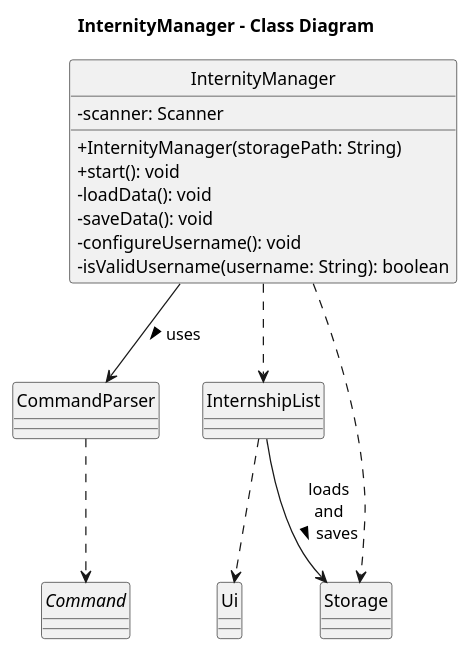
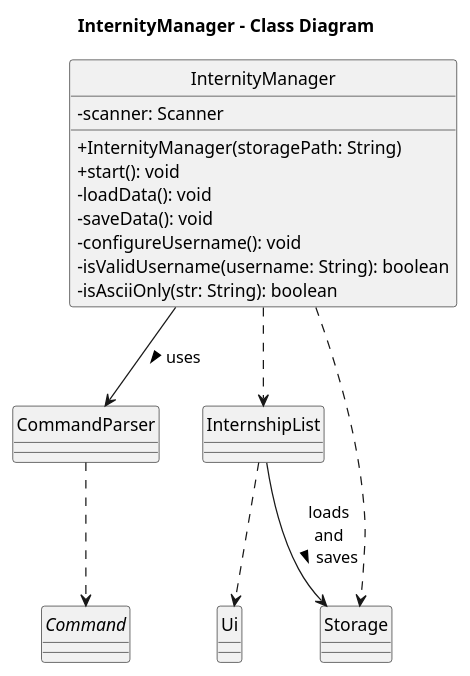
One commit to AY2526S1-CS2113-W14-4/tp changed the diagram in docs/diagrams/InternityManagerCD.puml. Above: the diagram before and after it, drawn with PlantUML. The commit also changed 5 other files, not shown here.

```diff
--- a/docs/diagrams/InternityManagerCD.puml
+++ b/docs/diagrams/InternityManagerCD.puml
@@ -1,29 +1,30 @@
 @startuml
 title InternityManager - Class Diagram
 hide circle
 skinparam classAttributeIconSize 0
 
 class InternityManager {
     - scanner: Scanner
     + InternityManager(storagePath: String)
     + start(): void
     - loadData(): void
     - saveData(): void
     - configureUsername(): void
     - isValidUsername(username: String): boolean
+    - isAsciiOnly(str: String): boolean
 }
 
 class CommandParser
 class InternshipList
 class Storage
 class Ui
 abstract class Command
 
 InternityManager --> CommandParser : uses >
 InternityManager ..> InternshipList
 InternityManager ..> Storage
 InternshipList ..> Ui
 CommandParser ..> Command
 InternshipList --> Storage : loads\nand\nsaves >
 
 @enduml
```
